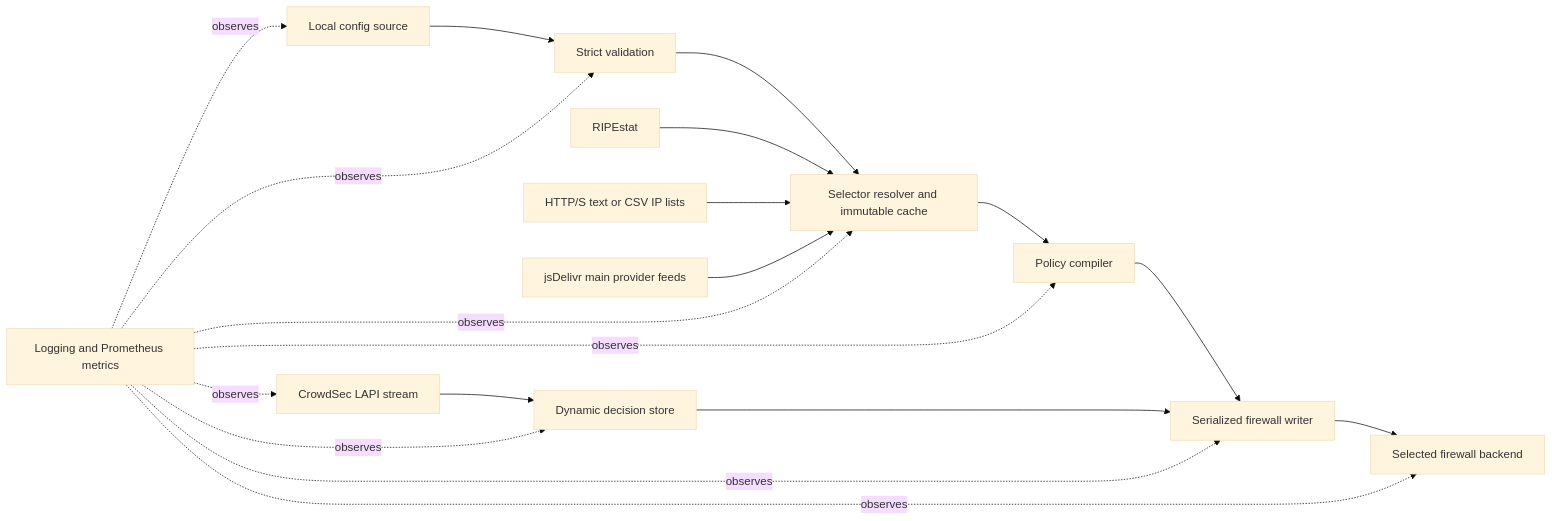
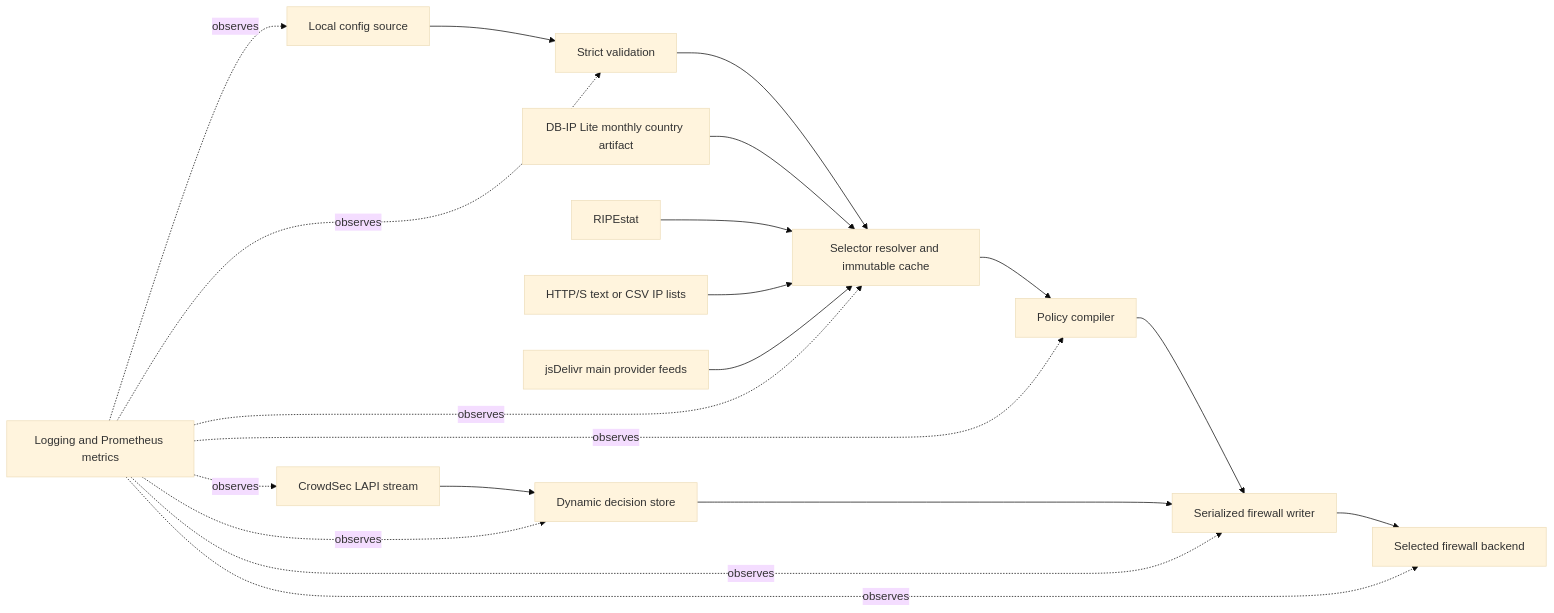
The first of 3 diagrams in docs/architecture.md (perimeterd/perimeterd), drawn with Mermaid (base theme) before and after one commit. The commit also changed other lines of this file and 77 other files, not shown here.

First line of the commit message:
feat(geo)!: default country policies to DB-IP Lite

````diff
--- a/docs/architecture.md
+++ b/docs/architecture.md
@@ -33,21 +33,22 @@
 ```mermaid
 flowchart LR
     CS[Local config source] --> V[Strict validation]
     V --> R[Selector resolver and immutable cache]
     R --> C[Policy compiler]
+    DBIP[DB-IP Lite monthly country artifact] --> R
     RIPE[RIPEstat] --> R
     TXT[HTTP/S text or CSV IP lists] --> R
     PROVIDERS[jsDelivr main provider feeds] --> R
     L[CrowdSec LAPI stream] --> D[Dynamic decision store]
     C --> W[Serialized firewall writer]
     D --> W
     W --> B[Selected firewall backend]
     O[Logging and Prometheus metrics] -. observes .-> CS
     O -. observes .-> V
     O -. observes .-> R
     O -. observes .-> C
     O -. observes .-> L
     O -. observes .-> D
     O -. observes .-> W
     O -. observes .-> B
 ```
````
